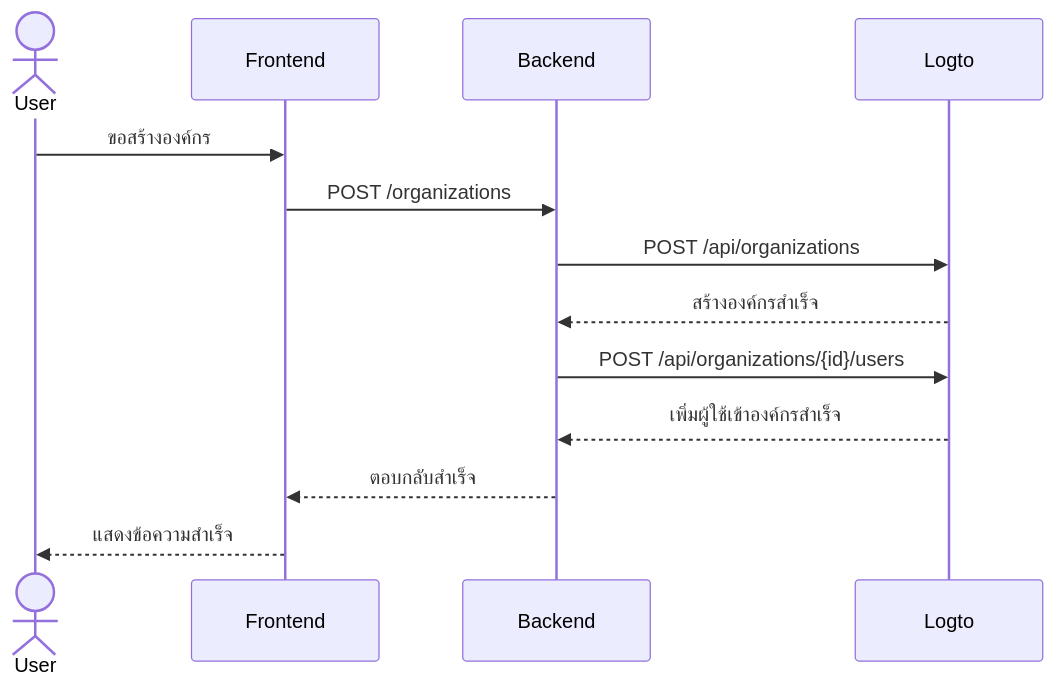
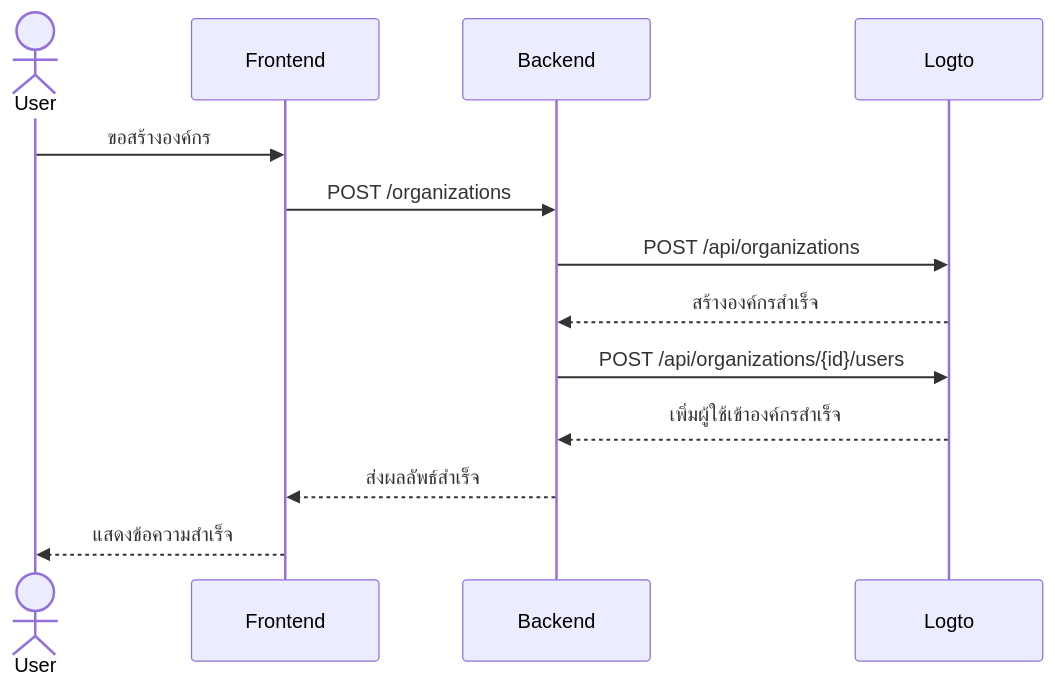
Before and after one commit to logto-io/docs: the diagram in i18n/th/docusaurus-plugin-content-docs/current/end-user-flows/organization-experience/README.mdx, drawn with Mermaid. The commit also changed other lines of this file and 19 other files, not shown here.

````diff
--- a/i18n/th/docusaurus-plugin-content-docs/current/end-user-flows/organization-experience/README.mdx
+++ b/i18n/th/docusaurus-plugin-content-docs/current/end-user-flows/organization-experience/README.mdx
@@ -27,16 +27,16 @@
 ```mermaid
 sequenceDiagram
   actor User
   participant Frontend
   participant Backend
   participant Logto
 
   User->>Frontend: ขอสร้างองค์กร
   Frontend->>Backend: POST /organizations
   Backend->>Logto: POST /api/organizations
   Logto-->>Backend: สร้างองค์กรสำเร็จ
   Backend->>Logto: POST /api/organizations/{id}/users
   Logto-->>Backend: เพิ่มผู้ใช้เข้าองค์กรสำเร็จ
-  Backend-->>Frontend: ตอบกลับสำเร็จ
+  Backend-->>Frontend: ส่งผลลัพธ์สำเร็จ
   Frontend-->>User: แสดงข้อความสำเร็จ
 ```
````
